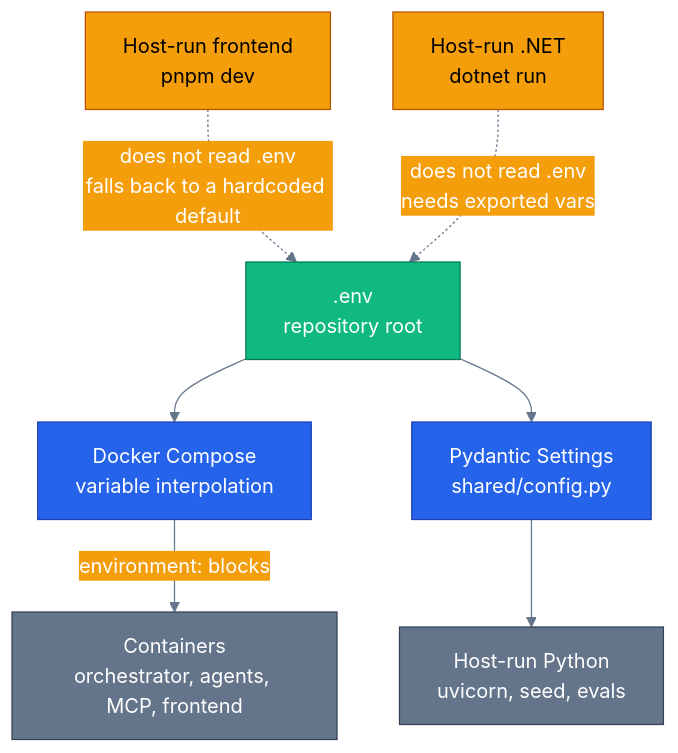
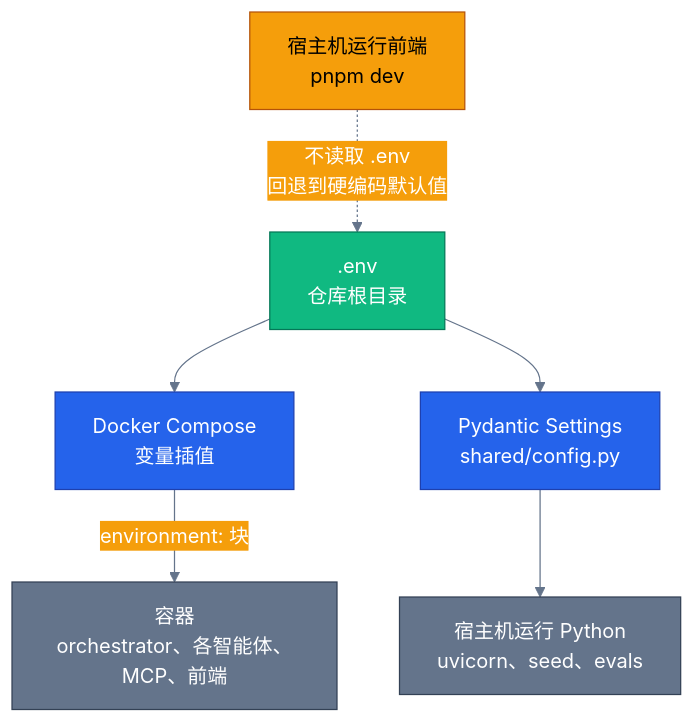
One commit to s1encisi/reliable-commerce-agents changed the diagram in docs/configuration.md. Above: the diagram before and after it, drawn with Mermaid. The commit also changed other lines of this file and 1033 other files, not shown here.

````diff
--- a/docs/configuration.md
+++ b/docs/configuration.md
@@ -28,33 +27,31 @@
 ```mermaid
 %%{init: {'theme':'base', 'themeVariables': {
   'primaryColor': '#2563eb','primaryTextColor': '#ffffff','primaryBorderColor': '#1e40af',
   'lineColor': '#64748b','secondaryColor': '#f59e0b','tertiaryColor': '#10b981',
   'background': 'transparent'}}}%%
 flowchart TB
   classDef core     fill:#2563eb,stroke:#1e40af,color:#ffffff
   classDef external fill:#f59e0b,stroke:#b45309,color:#000000
   classDef success  fill:#10b981,stroke:#047857,color:#ffffff
   classDef infra    fill:#64748b,stroke:#334155,color:#ffffff
 
-  ENV[".env<br/>repository root"]
+  ENV[".env<br/>仓库根目录"]
 
-  COMPOSE["Docker Compose<br/>variable interpolation"]
+  COMPOSE["Docker Compose<br/>变量插值"]
   PYD["Pydantic Settings<br/>shared/config.py"]
 
-  CONTAINERS["Containers<br/>orchestrator, agents, MCP, frontend"]
-  HOSTPY["Host-run Python<br/>uvicorn, seed, evals"]
-  HOSTWEB["Host-run frontend<br/>pnpm dev"]
-  HOSTNET["Host-run .NET<br/>dotnet run"]
+  CONTAINERS["容器<br/>orchestrator、各智能体、MCP、前端"]
+  HOSTPY["宿主机运行 Python<br/>uvicorn、seed、evals"]
+  HOSTWEB["宿主机运行前端<br/>pnpm dev"]
 
   ENV --> COMPOSE
   ENV --> PYD
-  COMPOSE -->|"environment: blocks"| CONTAINERS
+  COMPOSE -->|"environment: 块"| CONTAINERS
   PYD --> HOSTPY
-  HOSTWEB -.->|"does not read .env<br/>falls back to a hardcoded default"| ENV
-  HOSTNET -.->|"does not read .env<br/>needs exported vars"| ENV
+  HOSTWEB -.->|"不读取 .env<br/>回退到硬编码默认值"| ENV
 
   class ENV success
   class COMPOSE,PYD core
   class CONTAINERS,HOSTPY infra
-  class HOSTWEB,HOSTNET external
+  class HOSTWEB external
 ```
````
